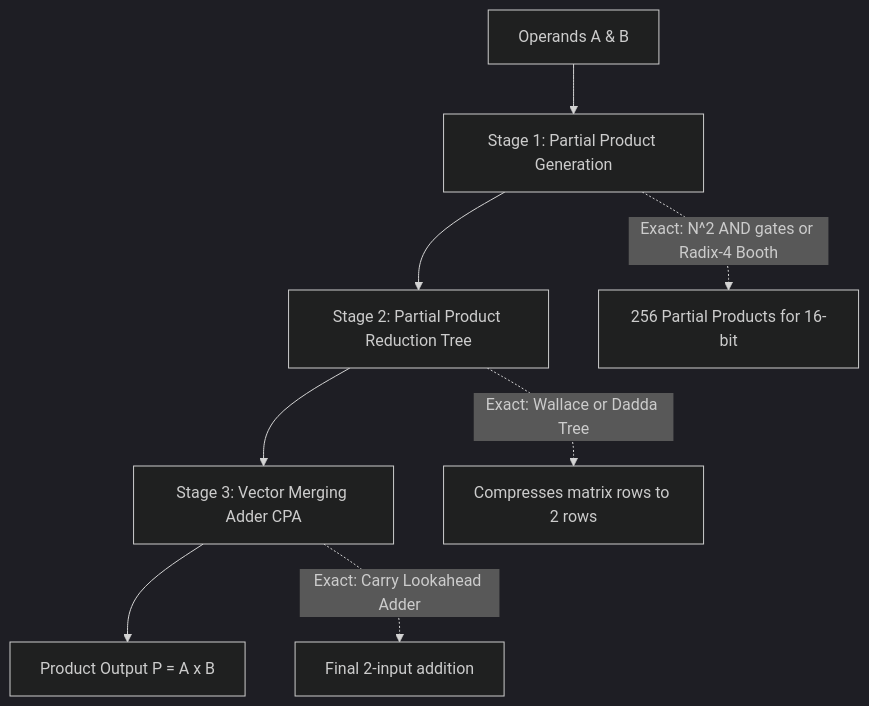
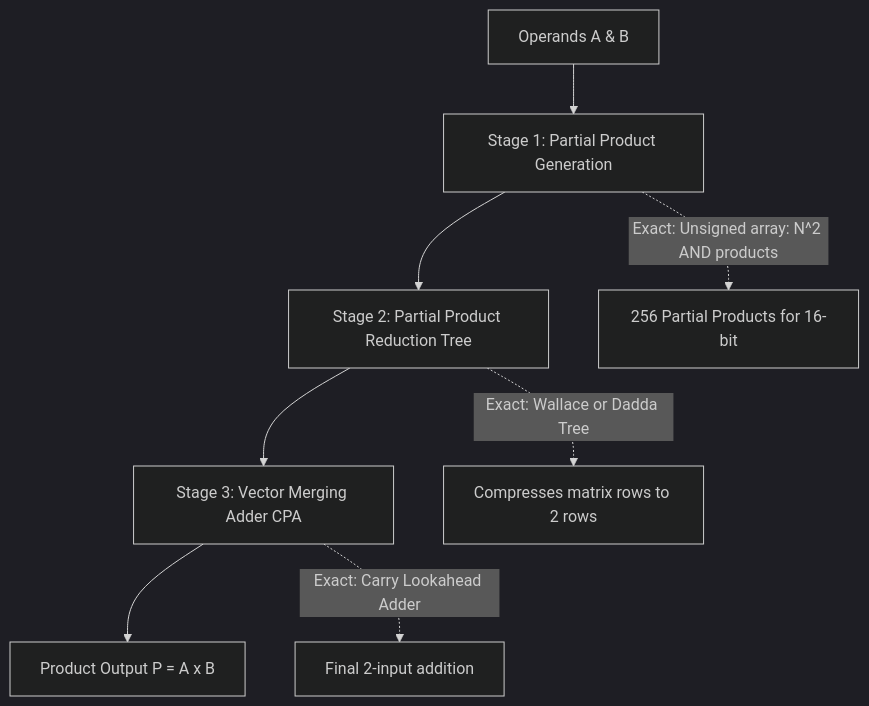
One commit to Inexact-Computing/public changed the first of 2 diagrams in docs/taxonomy/multipliers.md. Above: the diagram before and after it, drawn with Mermaid (dark theme). The commit also changed other lines of this file and 32 other files, not shown here.

````diff
--- a/docs/taxonomy/multipliers.md
+++ b/docs/taxonomy/multipliers.md
@@ -13,11 +113,11 @@
 ```mermaid
 graph TD
     In[Operands A & B] --> PPG[Stage 1: Partial Product Generation]
     PPG --> PPR[Stage 2: Partial Product Reduction Tree]
     PPR --> CPA[Stage 3: Vector Merging Adder CPA]
     CPA --> Out[Product Output P = A x B]
 
-    PPG -.->|Exact: N^2 AND gates or Radix-4 Booth| S1[256 Partial Products for 16-bit]
+    PPG -.->|Exact: Unsigned array: N^2 AND products| S1[256 Partial Products for 16-bit]
     PPR -.->|Exact: Wallace or Dadda Tree| S2[Compresses matrix rows to 2 rows]
     CPA -.->|Exact: Carry Lookahead Adder| S3[Final 2-input addition]
 ```
````
